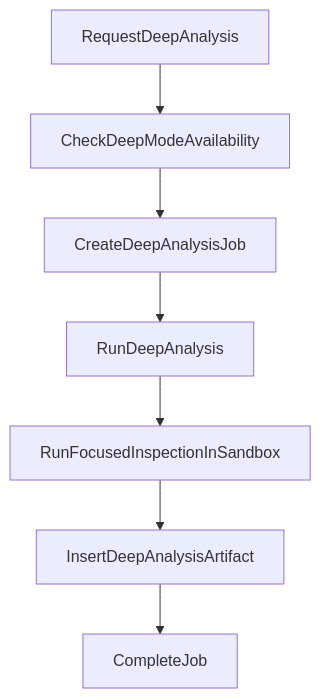
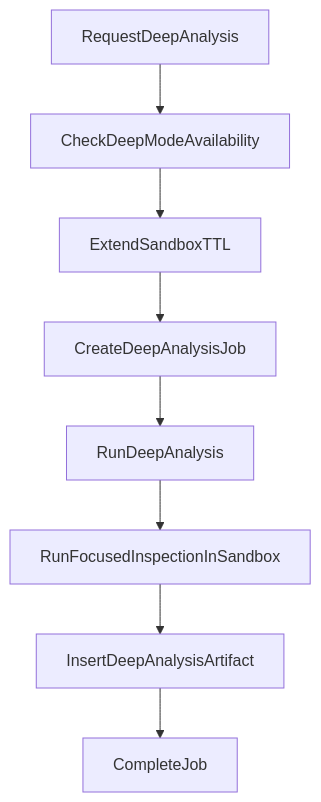
Before and after one commit to EricTsai83/architect-agent: the third of 3 diagrams in docs/chat-and-analysis-pipeline.md, drawn with Mermaid. The commit also changed other lines of this file and 14 other files, not shown here.

````diff
--- a/docs/chat-and-analysis-pipeline.md
+++ b/docs/chat-and-analysis-pipeline.md
@@ -164,17 +176,19 @@
 ```mermaid
 flowchart TD
   Request[RequestDeepAnalysis]
   CheckSandbox[CheckDeepModeAvailability]
+  ExtendTTL[ExtendSandboxTTL]
   CreateJob[CreateDeepAnalysisJob]
   RunNodeAction[RunDeepAnalysis]
   FocusedInspection[RunFocusedInspectionInSandbox]
   PersistArtifact[InsertDeepAnalysisArtifact]
   Finish[CompleteJob]
 
   Request --> CheckSandbox
-  CheckSandbox --> CreateJob
+  CheckSandbox --> ExtendTTL
+  ExtendTTL --> CreateJob
   CreateJob --> RunNodeAction
   RunNodeAction --> FocusedInspection
   FocusedInspection --> PersistArtifact
   PersistArtifact --> Finish
 ```
````
